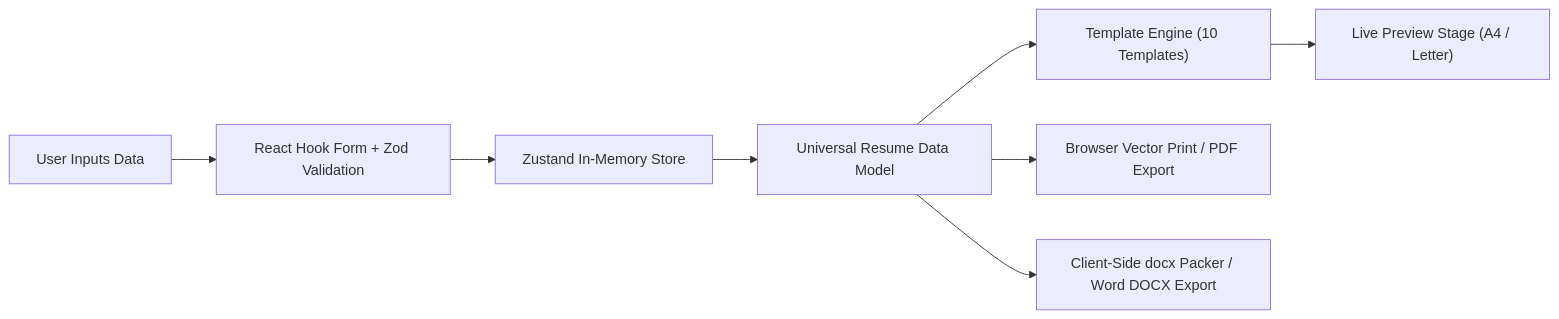
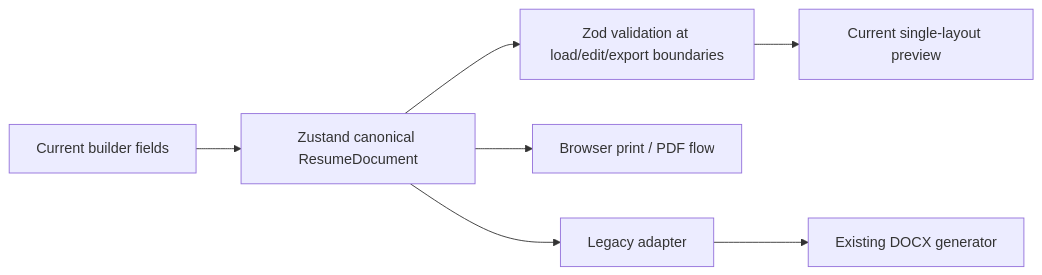
The first of 2 diagrams in docs/ARCHITECTURE.md (funkyvibespk/cvmaker), drawn with Mermaid before and after one commit. The commit also changed other lines of this file and 16 other files, not shown here.

````diff
--- a/docs/ARCHITECTURE.md
+++ b/docs/ARCHITECTURE.md
@@ -72,10 +72,9 @@
 ```mermaid
 flowchart LR
-    A["User Inputs Data"] --> B["React Hook Form + Zod Validation"]
-    B --> C["Zustand In-Memory Store"]
-    C --> D["Universal Resume Data Model"]
-    D --> E["Template Engine (10 Templates)"]
-    E --> F["Live Preview Stage (A4 / Letter)"]
-    D --> G["Browser Vector Print / PDF Export"]
-    D --> H["Client-Side docx Packer / Word DOCX Export"]
+    A["Current builder fields"] --> B["Zustand canonical ResumeDocument"]
+    B --> C["Zod validation at load/edit/export boundaries"]
+    C --> D["Current single-layout preview"]
+    B --> E["Browser print / PDF flow"]
+    B --> F["Legacy adapter"]
+    F --> G["Existing DOCX generator"]
 ```
````
